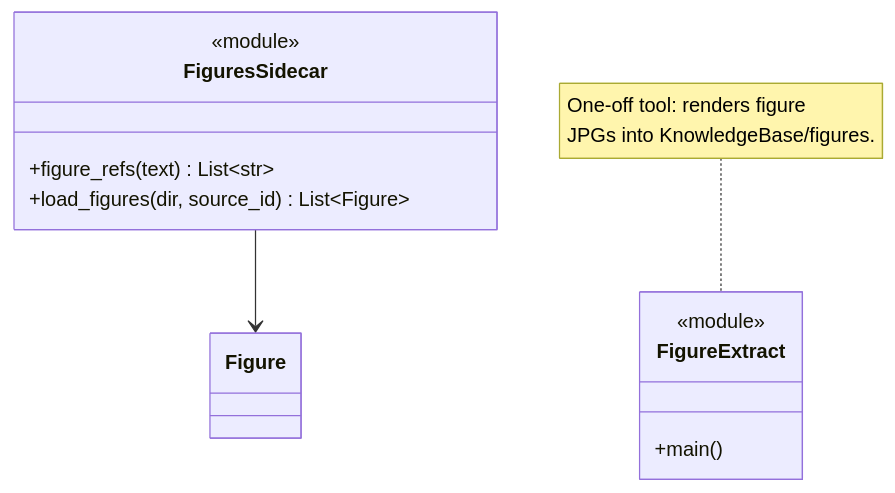
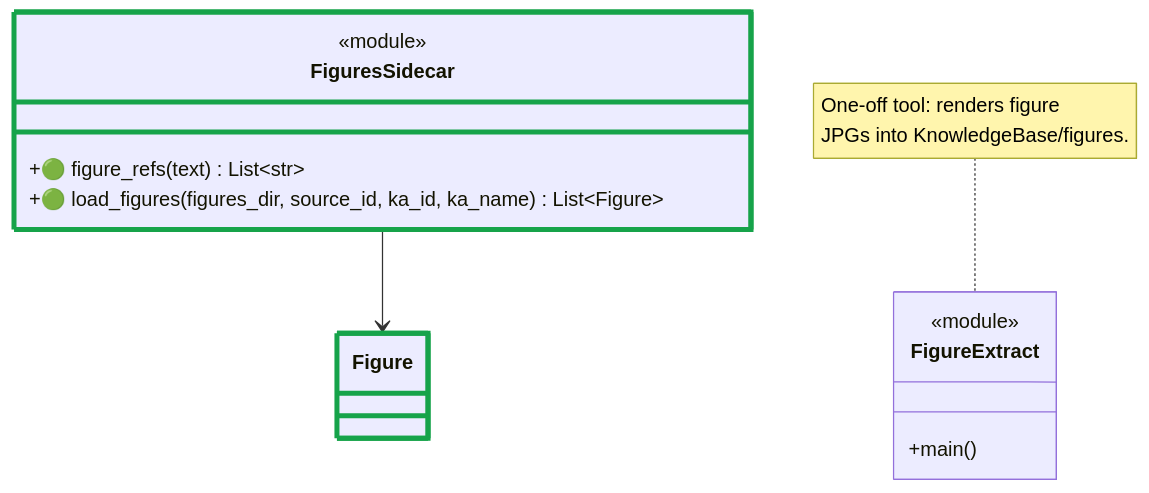
The ninth of 19 diagrams in docs/architecture/system-class-diagram.md (SzatanKluska/MCPSWEBOK), drawn with Mermaid before and after one commit. The commit also changed other lines of this file and 2 other files, not shown here.

Commit message:
update system-class-diagram

````diff
--- a/docs/architecture/system-class-diagram.md
+++ b/docs/architecture/system-class-diagram.md
@@ -233,17 +385,19 @@
 ```mermaid
 classDiagram
   class Figure
   class FiguresSidecar {
     <<module>>
-    +figure_refs(text) List~str~
-    +load_figures(dir, source_id) List~Figure~
+    +🟢 figure_refs(text) List~str~
+    +🟢 load_figures(figures_dir, source_id, ka_id, ka_name) List~Figure~
   }
   class FigureExtract {
     <<module>>
     +main()
   }
 
   FiguresSidecar --> Figure
 
   note for FigureExtract "One-off tool: renders figure<br/>JPGs into KnowledgeBase/figures."
+  style FiguresSidecar stroke:#16A34A,stroke-width:4px
+  style Figure stroke:#16A34A,stroke-width:4px
 ```
````
